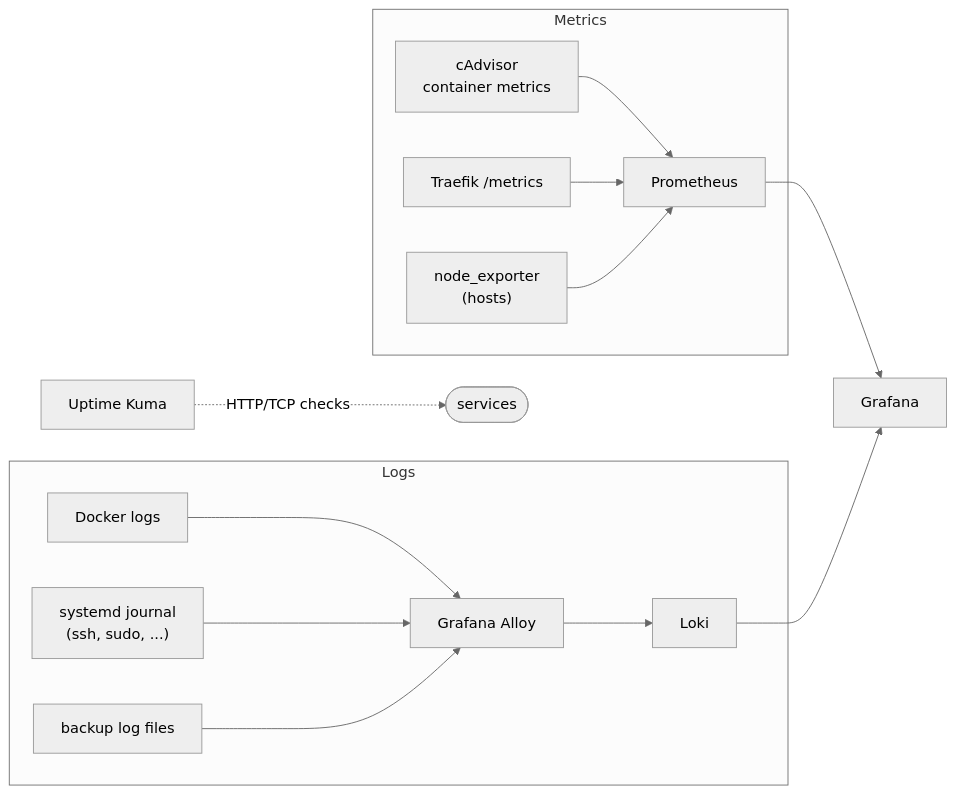
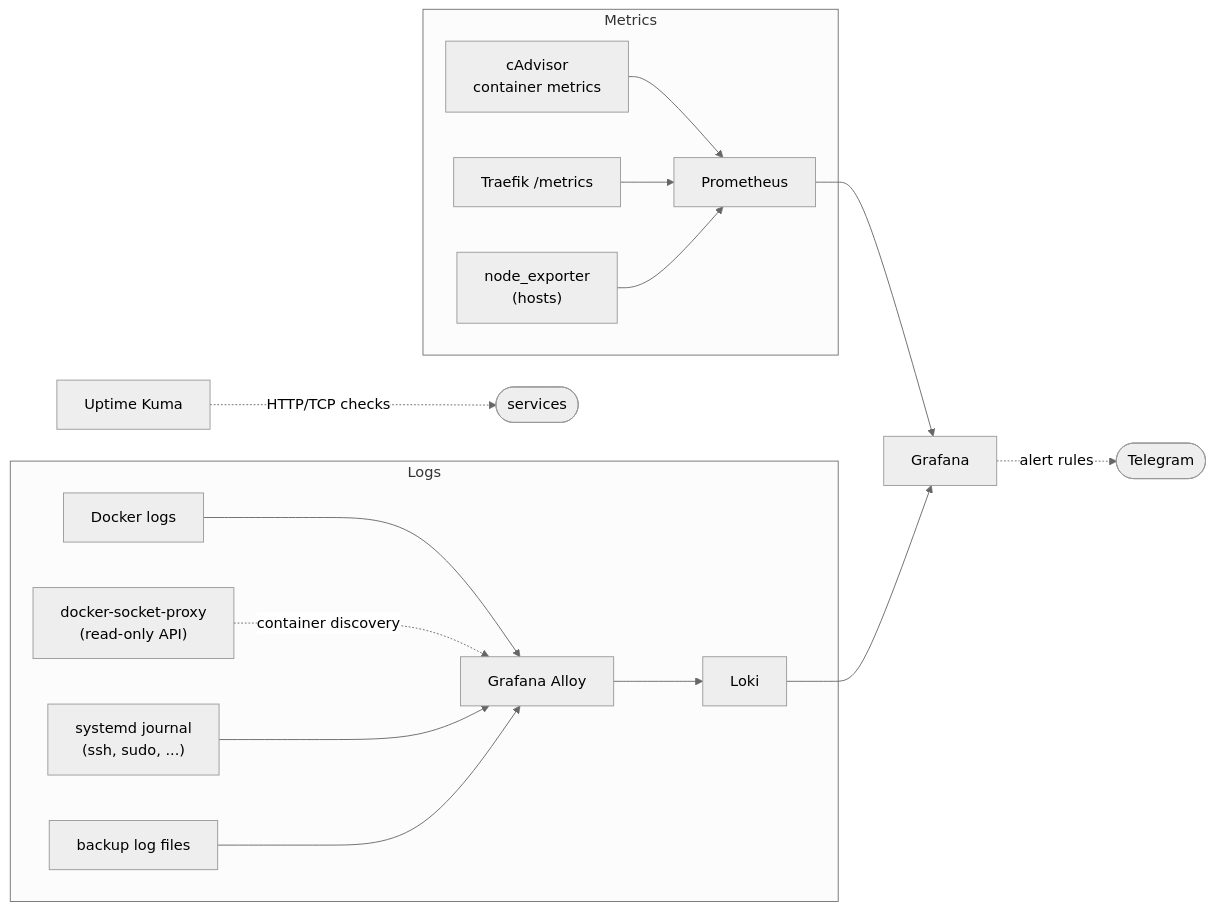
One commit to chri-hoff/homelab-showcase changed the diagram in observability/README.md. Above: the diagram before and after it, drawn with Mermaid (neutral theme). The commit also changed other lines of this file and 73 other files, not shown here.

````diff
--- a/observability/README.md
+++ b/observability/README.md
@@ -5,17 +5,19 @@
 ```mermaid
 flowchart LR
     subgraph Metrics
         CA["cAdvisor<br/>container metrics"] --> P["Prometheus"]
         TR["Traefik /metrics"] --> P
         NE["node_exporter<br/>(hosts)"] --> P
     end
     subgraph Logs
         DL["Docker logs"] --> A["Grafana Alloy"]
+        SP["docker-socket-proxy<br/>(read-only API)"] -. "container discovery" .-> A
         J["systemd journal<br/>(ssh, sudo, ...)"] --> A
         BL["backup log files"] --> A
         A --> L["Loki"]
     end
     P --> G["Grafana"]
     L --> G
+    G -. "alert rules" .-> TG(["Telegram"])
     UK["Uptime Kuma"] -. "HTTP/TCP checks" .-> SVC(["services"])
 ```
````
